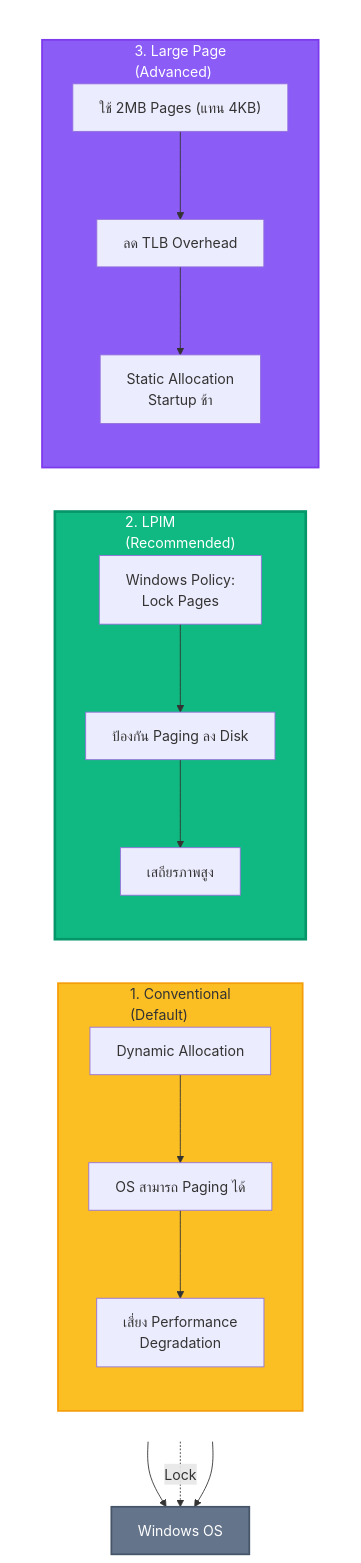
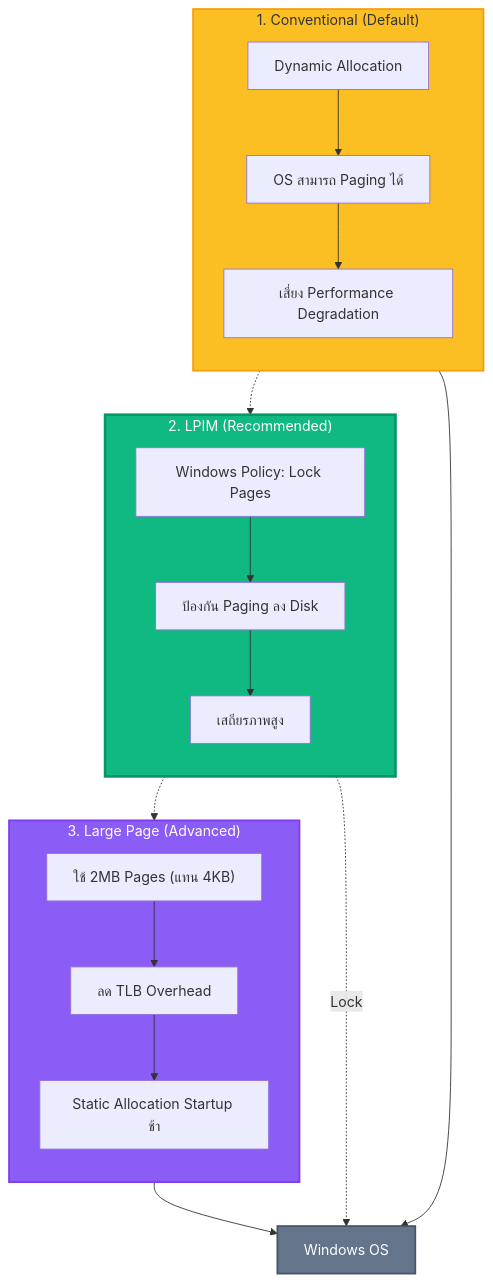
One commit to phakkhaphong/sql-server-performance-tuning changed the second of 7 diagrams in Module_04_Memory/README.md. Above: the diagram before and after it, drawn with Mermaid.

Commit message:
Refactor README diagram for SQL Server Memory Models, standardizing terminology and improving layout for better clarity and readability of memory allocation processes.

````diff
--- a/Module_04_Memory/README.md
+++ b/Module_04_Memory/README.md
@@ -82,41 +82,40 @@
 ```mermaid
 flowchart TB
-    subgraph Row1[" "]
-        direction LR
-        subgraph Conventional["1. Conventional<br/>(Default)"]
-            direction TB
-            C1["Dynamic Allocation"]
-            C2["OS สามารถ Paging ได้"]
-            C3["เสี่ยง Performance<br/>Degradation"]
-            C1 --> C2 --> C3
-        end
-        
-        subgraph LPIM["2. LPIM<br/>(Recommended)"]
-            direction TB
-            L1["Windows Policy:<br/>Lock Pages"]
-            L2["ป้องกัน Paging ลง Disk"]
-            L3["เสถียรภาพสูง"]
-            L1 --> L2 --> L3
-        end
-        
-        subgraph LargePage["3. Large Page<br/>(Advanced)"]
-            direction TB
-            LP1["ใช้ 2MB Pages (แทน 4KB)"]
-            LP2["ลด TLB Overhead"]
-            LP3["Static Allocation<br/>Startup ช้า"]
-            LP1 --> LP2 --> LP3
-        end
+    subgraph Conventional["1. Conventional (Default)"]
+        direction TB
+        C1["Dynamic Allocation"]
+        C2["OS สามารถ Paging ได้"]
+        C3["เสี่ยง Performance Degradation"]
+        C1 --> C2 --> C3
+    end
+    
+    subgraph LPIM["2. LPIM (Recommended)"]
+        direction TB
+        L1["Windows Policy: Lock Pages"]
+        L2["ป้องกัน Paging ลง Disk"]
+        L3["เสถียรภาพสูง"]
+        L1 --> L2 --> L3
+    end
+    
+    subgraph LargePage["3. Large Page (Advanced)"]
+        direction TB
+        LP1["ใช้ 2MB Pages (แทน 4KB)"]
+        LP2["ลด TLB Overhead"]
+        LP3["Static Allocation Startup ช้า"]
+        LP1 --> LP2 --> LP3
     end
     
     OS2["Windows OS"]
     
     C3 --> OS2
     L3 -.->|Lock| OS2
     LP3 --> OS2
     
+    Conventional -.->| | LPIM
+    LPIM -.->| | LargePage
+    
     style Conventional fill:#fbbf24,stroke:#f59e0b,stroke-width:2px
     style LPIM fill:#10b981,stroke:#059669,stroke-width:3px,color:#fff
     style LargePage fill:#8b5cf6,stroke:#7c3aed,stroke-width:2px,color:#fff
     style OS2 fill:#64748b,stroke:#475569,stroke-width:2px,color:#fff
-    style Row1 fill:transparent,stroke:transparent,color:transparent
 ```
````
